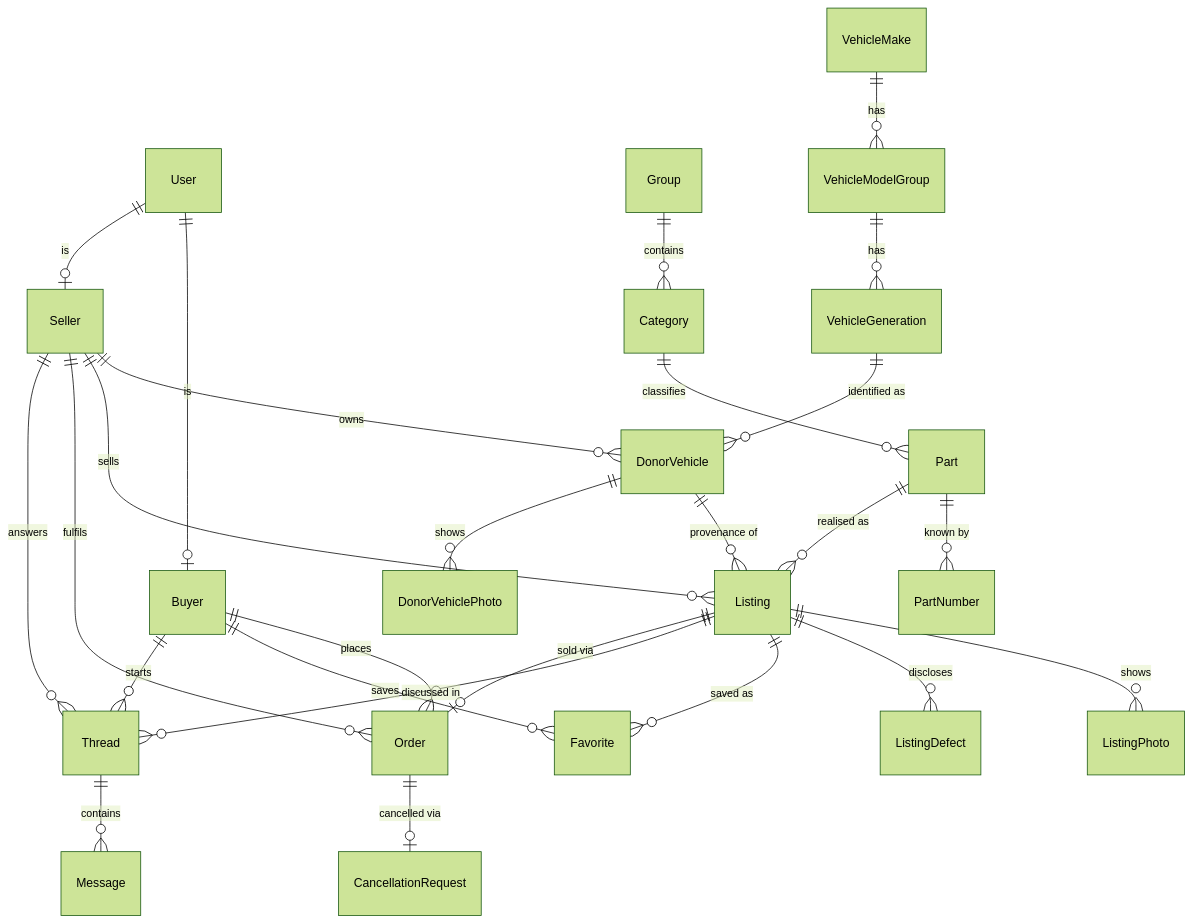
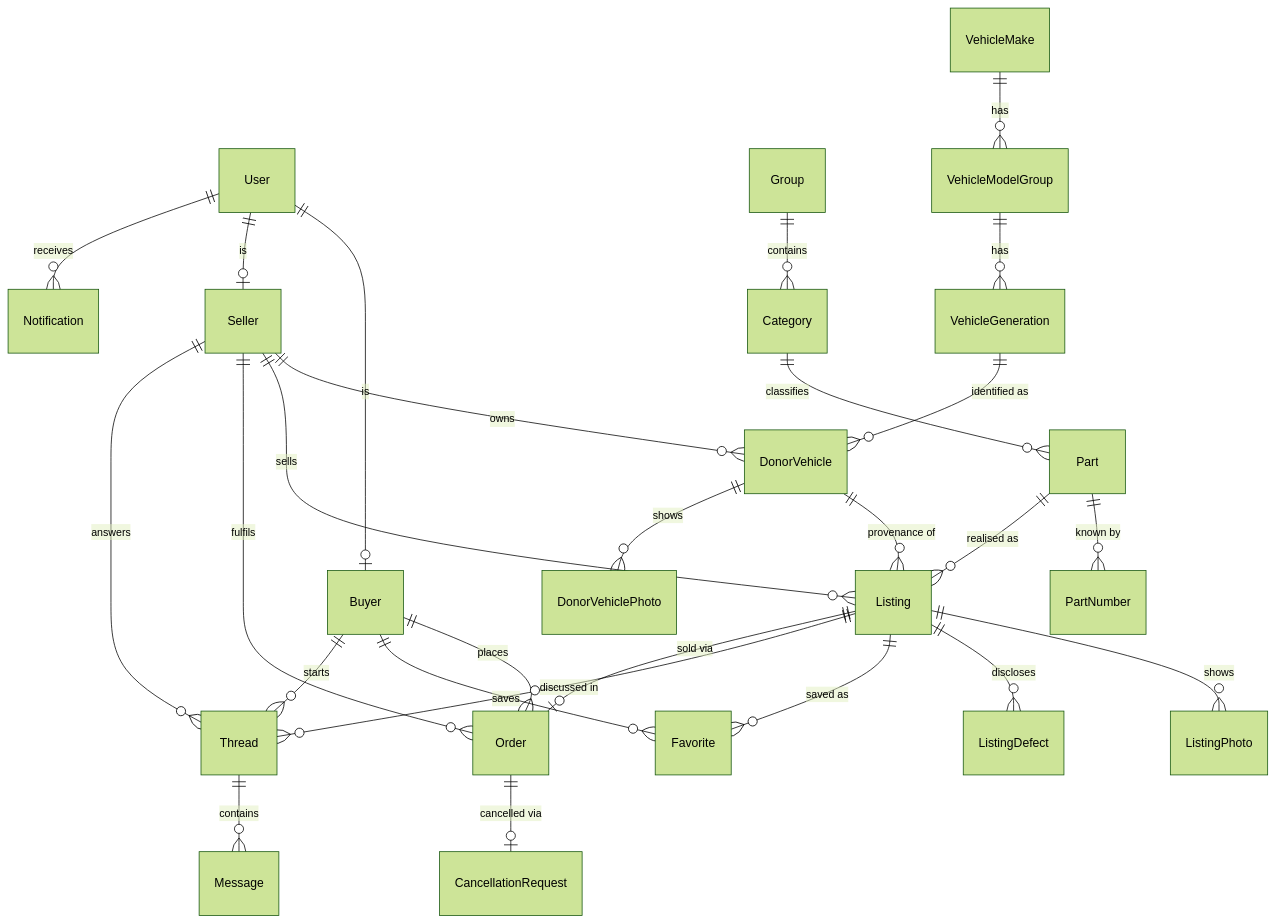
The diagram in docs/domain-model.md (Lucy-yunn/test), drawn with Mermaid (forest theme) before and after one commit. The commit also changed other lines of this file and 2 other files, not shown here.

````diff
--- a/docs/domain-model.md
+++ b/docs/domain-model.md
@@ -351,36 +368,38 @@
 ```mermaid
 erDiagram
     User ||--o| Buyer : "is"
     User ||--o| Seller : "is"
 
     Seller ||--o{ DonorVehicle : owns
     Seller ||--o{ Listing : sells
 
     Group ||--o{ Category : contains
     Category ||--o{ Part : classifies
 
     Part ||--o{ PartNumber : "known by"
     Part ||--o{ Listing : "realised as"
 
     VehicleMake ||--o{ VehicleModelGroup : has
     VehicleModelGroup ||--o{ VehicleGeneration : has
     VehicleGeneration ||--o{ DonorVehicle : "identified as"
 
     DonorVehicle ||--o{ Listing : "provenance of"
     DonorVehicle ||--o{ DonorVehiclePhoto : shows
     Listing ||--o{ ListingPhoto : shows
     Listing ||--o{ ListingDefect : discloses
     Listing ||--o{ Favorite : "saved as"
     Listing ||--o{ Thread : "discussed in"
     Listing ||--o| Order : "sold via"
 
     Buyer ||--o{ Order : places
     Buyer ||--o{ Favorite : saves
     Buyer ||--o{ Thread : starts
     Seller ||--o{ Order : fulfils
     Seller ||--o{ Thread : answers
 
     Order ||--o| CancellationRequest : "cancelled via"
 
     Thread ||--o{ Message : contains
+
+    User ||--o{ Notification : receives
 ```
````
